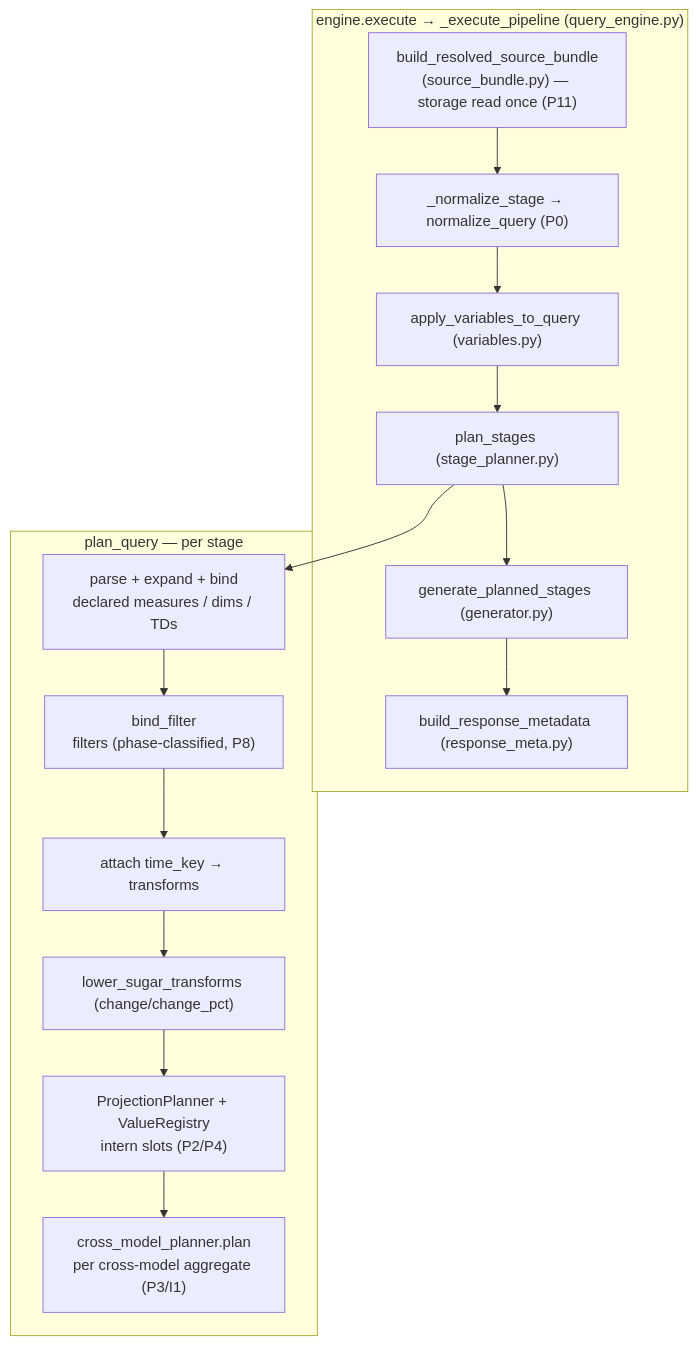
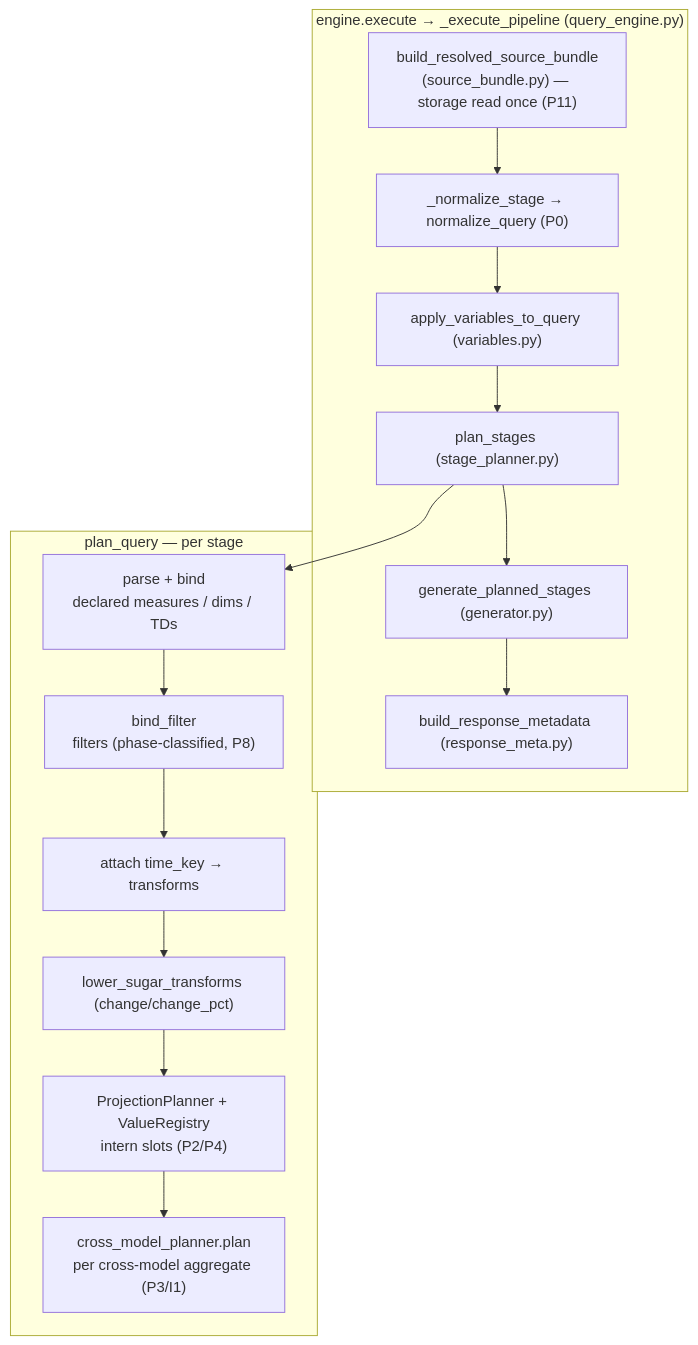
One commit to MotleyAI/slayer changed the second of 2 diagrams in docs/architecture/index.md. Above: the diagram before and after it, drawn with Mermaid. The commit also changed other lines of this file and 15 other files, not shown here.

````diff
--- a/docs/architecture/index.md
+++ b/docs/architecture/index.md
@@ -49,24 +48,24 @@
 ```mermaid
 flowchart TB
     subgraph orchestrator["engine.execute → _execute_pipeline (query_engine.py)"]
         bundle["build_resolved_source_bundle<br/>(source_bundle.py) — storage read once (P11)"]
         norm["_normalize_stage → normalize_query (P0)"]
         vars["apply_variables_to_query (variables.py)"]
         plan["plan_stages (stage_planner.py)"]
         gen["generate_planned_stages (generator.py)"]
         meta["build_response_metadata (response_meta.py)"]
     end
 
     bundle --> norm --> vars --> plan --> gen --> meta
 
     subgraph perstage["plan_query — per stage"]
-        decl["parse + expand + bind<br/>declared measures / dims / TDs"]
+        decl["parse + bind<br/>declared measures / dims / TDs"]
         filt["bind_filter<br/>filters (phase-classified, P8)"]
         td["attach time_key → transforms"]
         sugar["lower_sugar_transforms (change/change_pct)"]
         proj["ProjectionPlanner + ValueRegistry<br/>intern slots (P2/P4)"]
         cm["cross_model_planner.plan<br/>per cross-model aggregate (P3/I1)"]
     end
 
     plan --> decl --> filt --> td --> sugar --> proj --> cm
 ```
````
